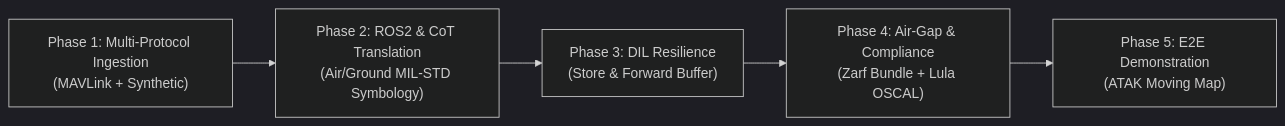
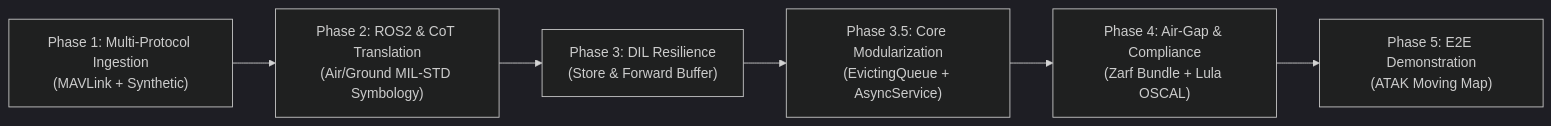
Before and after one commit to celttechie/tactical-edge-gateway: the diagram in docs/IMPLEMENTATION_PLAN.md, drawn with Mermaid (dark theme). The commit also changed other lines of this file and 7 other files, not shown here.

First line of the commit message:
docs(refactor): add ADRs 0008-0010 and Milestone 3.5 refactoring roadmap (#5)

````diff
--- a/docs/IMPLEMENTATION_PLAN.md
+++ b/docs/IMPLEMENTATION_PLAN.md
@@ -9,7 +9,8 @@
 ```mermaid
 flowchart LR
     Phase1["Phase 1: Multi-Protocol Ingestion\n(MAVLink + Synthetic)"] --> Phase2["Phase 2: ROS2 & CoT Translation\n(Air/Ground MIL-STD Symbology)"]
     Phase2 --> Phase3["Phase 3: DIL Resilience\n(Store & Forward Buffer)"]
-    Phase3 --> Phase4["Phase 4: Air-Gap & Compliance\n(Zarf Bundle + Lula OSCAL)"]
+    Phase3 --> Phase35["Phase 3.5: Core Modularization\n(EvictingQueue + AsyncService)"]
+    Phase35 --> Phase4["Phase 4: Air-Gap & Compliance\n(Zarf Bundle + Lula OSCAL)"]
     Phase4 --> Phase5["Phase 5: E2E Demonstration\n(ATAK Moving Map)"]
 ```
````
